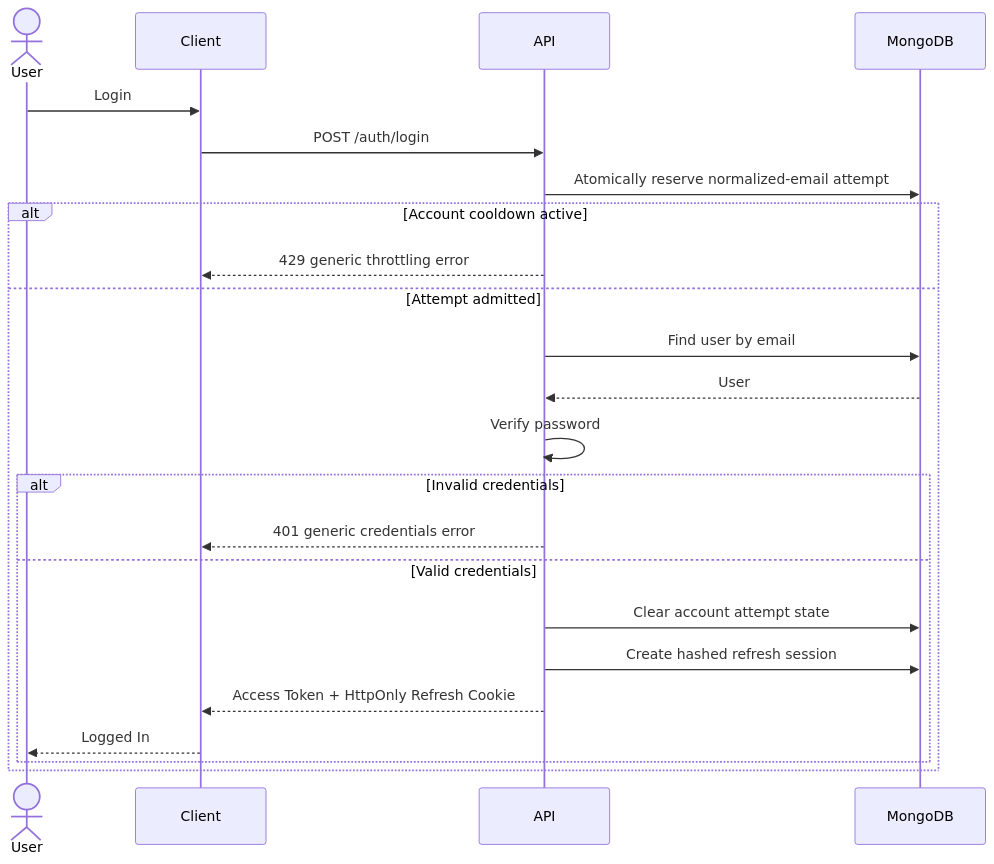
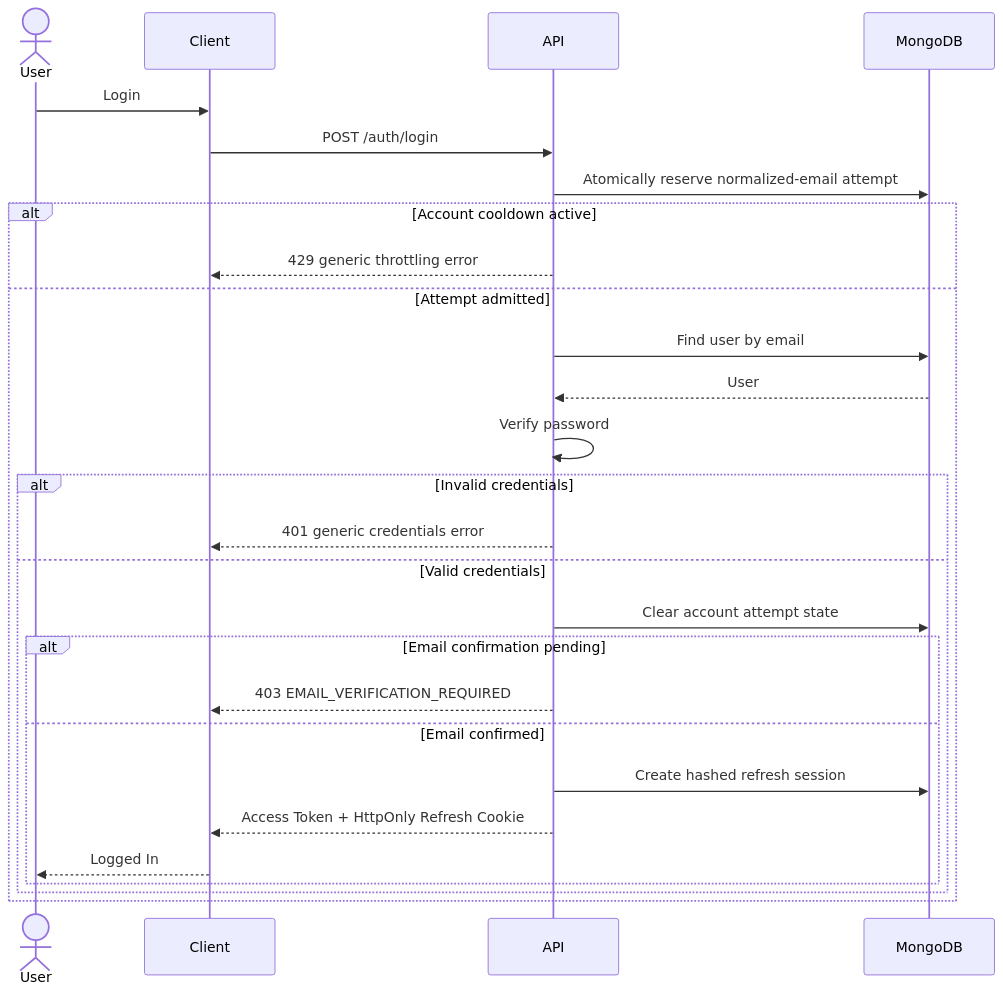
The diagram in .agents/features/auth/Sequence - Login.md (RamyMohamed47/intouch-chatapp), drawn with Mermaid before and after one commit. The commit also changed 70 other files, not shown here.

Commit message:
feat(mail): add transactional email verification, password reset, and organization invitations

````diff
--- a/.agents/features/auth/Sequence - Login.md
+++ b/.agents/features/auth/Sequence - Login.md
@@ -1,47 +1,55 @@
 ```mermaid
 sequenceDiagram
 
     actor User
 
     participant Client
 
     participant API
 
     participant MongoDB
 
     User->>Client: Login
 
     Client->>API: POST /auth/login
 
     API->>MongoDB: Atomically reserve normalized-email attempt
 
     alt Account cooldown active
 
         API-->>Client: 429 generic throttling error
 
     else Attempt admitted
 
     API->>MongoDB: Find user by email
 
     MongoDB-->>API: User
 
     API->>API: Verify password
 
     alt Invalid credentials
 
         API-->>Client: 401 generic credentials error
 
     else Valid credentials
 
     API->>MongoDB: Clear account attempt state
 
+    alt Email confirmation pending
+
+        API-->>Client: 403 EMAIL_VERIFICATION_REQUIRED
+
+    else Email confirmed
+
     API->>MongoDB: Create hashed refresh session
 
     API-->>Client: Access Token + HttpOnly Refresh Cookie
 
     Client-->>User: Logged In
 
     end
 
     end
+
+    end
 ```
````
